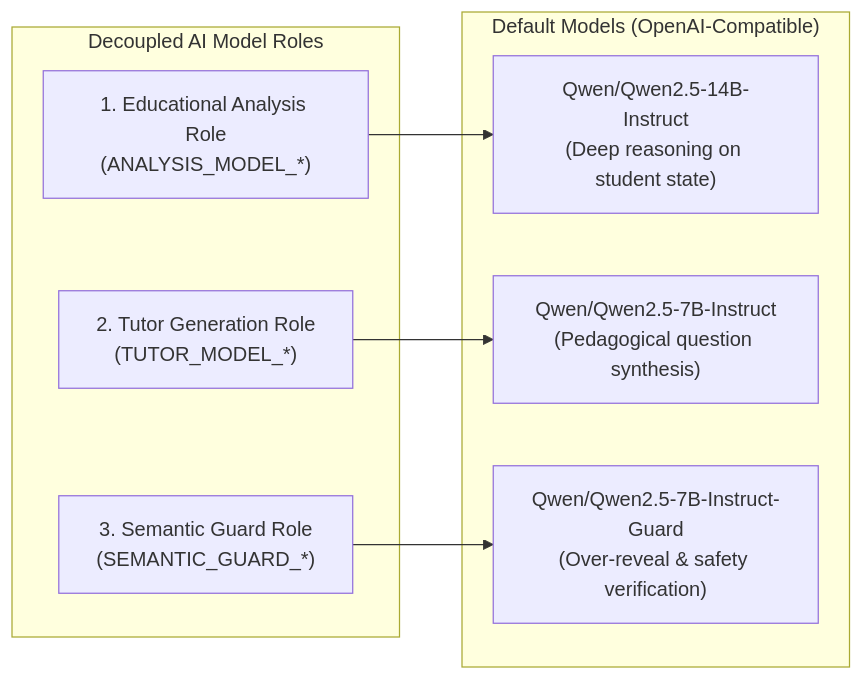
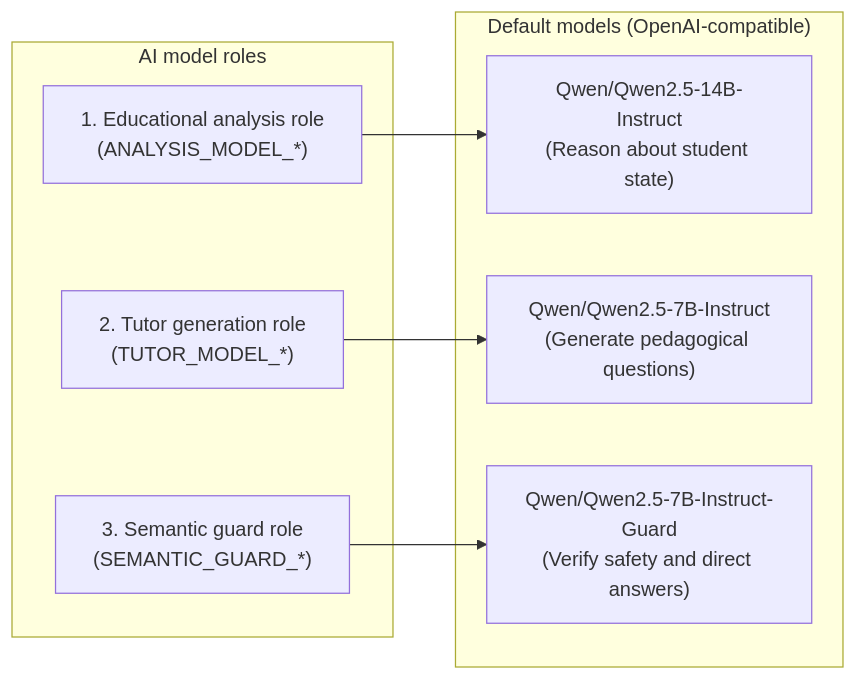
Before and after one commit to MahmoudAhmed184/Morshid: the first of 3 diagrams in docs/developer-guide/10-ai-platform-and-embeddings.md, drawn with Mermaid. The commit also changed other lines of this file and 19 other files, not shown here.

````diff
--- a/docs/developer-guide/10-ai-platform-and-embeddings.md
+++ b/docs/developer-guide/10-ai-platform-and-embeddings.md
@@ -11,18 +11,18 @@
 ```mermaid
 graph LR
-    subgraph SocraticRoles["Decoupled AI Model Roles"]
-        Role1["1. Educational Analysis Role<br/>(ANALYSIS_MODEL_*)"]
-        Role2["2. Tutor Generation Role<br/>(TUTOR_MODEL_*)"]
-        Role3["3. Semantic Guard Role<br/>(SEMANTIC_GUARD_*)"]
+    subgraph SocraticRoles["AI model roles"]
+        Role1["1. Educational analysis role<br/>(ANALYSIS_MODEL_*)"]
+        Role2["2. Tutor generation role<br/>(TUTOR_MODEL_*)"]
+        Role3["3. Semantic guard role<br/>(SEMANTIC_GUARD_*)"]
     end
 
-    subgraph DefaultModels["Default Models (OpenAI-Compatible)"]
-        M1["Qwen/Qwen2.5-14B-Instruct<br/>(Deep reasoning on student state)"]
-        M2["Qwen/Qwen2.5-7B-Instruct<br/>(Pedagogical question synthesis)"]
-        M3["Qwen/Qwen2.5-7B-Instruct-Guard<br/>(Over-reveal & safety verification)"]
+    subgraph DefaultModels["Default models (OpenAI-compatible)"]
+        M1["Qwen/Qwen2.5-14B-Instruct<br/>(Reason about student state)"]
+        M2["Qwen/Qwen2.5-7B-Instruct<br/>(Generate pedagogical questions)"]
+        M3["Qwen/Qwen2.5-7B-Instruct-Guard<br/>(Verify safety and direct answers)"]
     end
 
     Role1 --> M1
     Role2 --> M2
     Role3 --> M3
 ```
````
